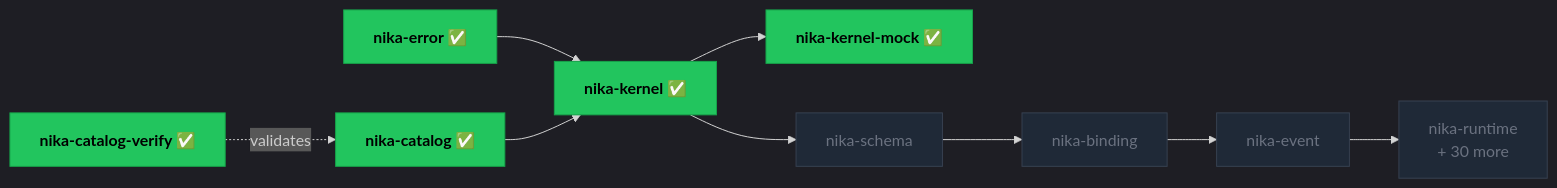
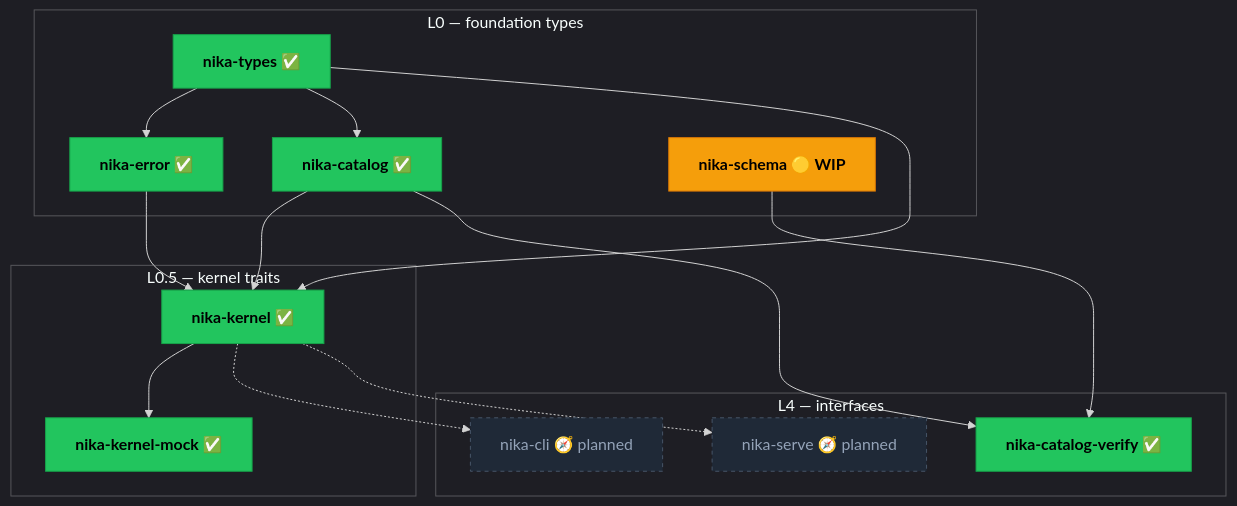
The diagram in docs/mintlify/introduction.mdx (supernovae-st/nika), drawn with Mermaid before and after one commit. The commit also changed other lines of this file, not shown here.

````diff
--- a/docs/mintlify/introduction.mdx
+++ b/docs/mintlify/introduction.mdx
@@ -60,27 +126,36 @@
 ```mermaid
-%%{init: {'theme': 'dark', 'themeVariables': {'background': 'transparent', 'mainBkg': 'transparent'}}}%%
-flowchart LR
+%%{init: {'theme':'dark','themeVariables':{'background':'transparent','mainBkg':'transparent'}}}%%
+flowchart TB
     classDef admitted fill:#22c55e,color:#000,stroke:#16a34a,font-weight:bold
-    classDef building fill:#f59e0b,color:#000,stroke:#d97706
-    classDef planned fill:#1f2937,color:#6b7280,stroke:#374151
+    classDef wip fill:#f59e0b,color:#000,stroke:#d97706,font-weight:bold
+    classDef planned fill:#1f2937,color:#94a3b8,stroke:#475569,stroke-dasharray:4
 
-    ERR["nika-error ✅"]:::admitted
-    CAT["nika-catalog ✅"]:::admitted
-    CV["nika-catalog-verify ✅"]:::admitted
-    KN["nika-kernel ✅"]:::admitted
-    KM["nika-kernel-mock ✅"]:::admitted
+    subgraph L4 ["L4 — interfaces"]
+      CV["nika-catalog-verify ✅"]:::admitted
+      CLI["nika-cli 🧭 planned"]:::planned
+      SRV["nika-serve 🧭 planned"]:::planned
+    end
 
-    SCH["nika-schema"]:::planned
-    BND["nika-binding"]:::planned
-    EVT["nika-event"]:::planned
-    RT["nika-runtime\n+ 30 more"]:::planned
+    subgraph L0_5 ["L0.5 — kernel traits"]
+      K["nika-kernel ✅"]:::admitted
+      KM["nika-kernel-mock ✅"]:::admitted
+    end
 
-    ERR --> KN
-    CAT --> KN
-    KN --> KM
-    KN --> SCH
-    SCH --> BND
-    BND --> EVT
-    EVT --> RT
-    CV -.->|"validates"| CAT
+    subgraph L0 ["L0 — foundation types"]
+      T["nika-types ✅"]:::admitted
+      E["nika-error ✅"]:::admitted
+      C["nika-catalog ✅"]:::admitted
+      SCH["nika-schema 🟡 WIP"]:::wip
+    end
+
+    T --> E
+    T --> C
+    T --> K
+    E --> K
+    C --> K
+    K --> KM
+    C --> CV
+    SCH --> CV
+    K -.-> CLI
+    K -.-> SRV
 ```
````
